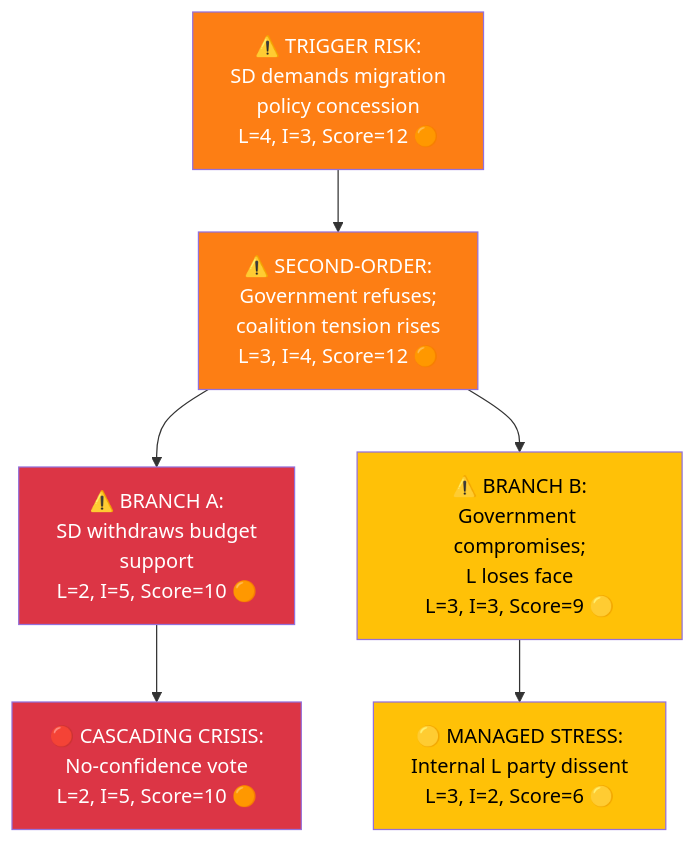
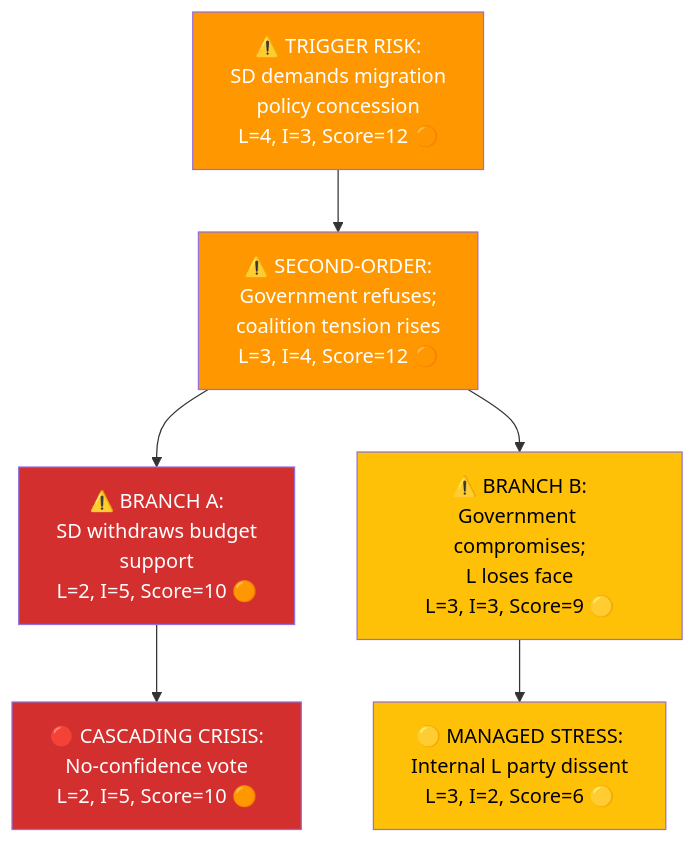
The fourth of 7 diagrams in analysis/methodologies/political-risk-methodology.md (Hack23/riksdagsmonitor), drawn with Mermaid before and after one commit. The commit also changed other lines of this file and 14 other files, not shown here.

First line of the commit message:
Align analysis/ mermaid diagrams with ISMS Style Guide palette and convert SWOT to quadrantChart

````diff
--- a/analysis/methodologies/political-risk-methodology.md
+++ b/analysis/methodologies/political-risk-methodology.md
@@ -296,16 +296,16 @@
 ```mermaid
 flowchart TD
     R1["⚠️ TRIGGER RISK:<br/>SD demands migration<br/>policy concession<br/>L=4, I=3, Score=12 🟠"]
     R1 --> R2["⚠️ SECOND-ORDER:<br/>Government refuses;<br/>coalition tension rises<br/>L=3, I=4, Score=12 🟠"]
     R2 --> R3A["⚠️ BRANCH A:<br/>SD withdraws budget<br/>support<br/>L=2, I=5, Score=10 🟠"]
     R2 --> R3B["⚠️ BRANCH B:<br/>Government compromises;<br/>L loses face<br/>L=3, I=3, Score=9 🟡"]
     R3A --> R4A["🔴 CASCADING CRISIS:<br/>No-confidence vote<br/>L=2, I=5, Score=10 🟠"]
     R3B --> R4B["🟡 MANAGED STRESS:<br/>Internal L party dissent<br/>L=3, I=2, Score=6 🟡"]
 
-    style R1 fill:#fd7e14,color:#fff
-    style R2 fill:#fd7e14,color:#fff
-    style R3A fill:#dc3545,color:#fff
-    style R3B fill:#ffc107,color:#000
-    style R4A fill:#dc3545,color:#fff
-    style R4B fill:#ffc107,color:#000
+    style R1 fill:#FF9800,color:#FFFFFF
+    style R2 fill:#FF9800,color:#FFFFFF
+    style R3A fill:#D32F2F,color:#FFFFFF
+    style R3B fill:#FFC107,color:#000000
+    style R4A fill:#D32F2F,color:#FFFFFF
+    style R4B fill:#FFC107,color:#000000
 ```
````
